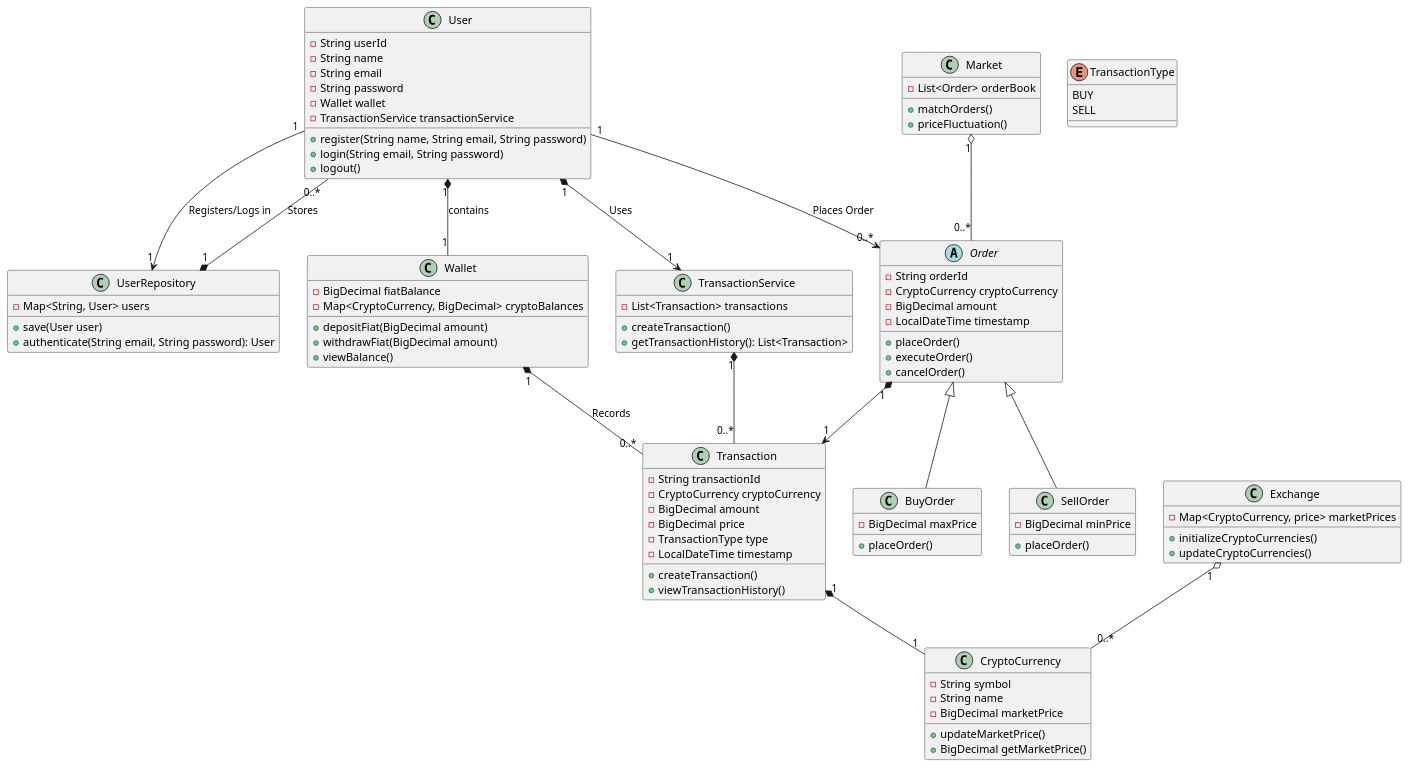
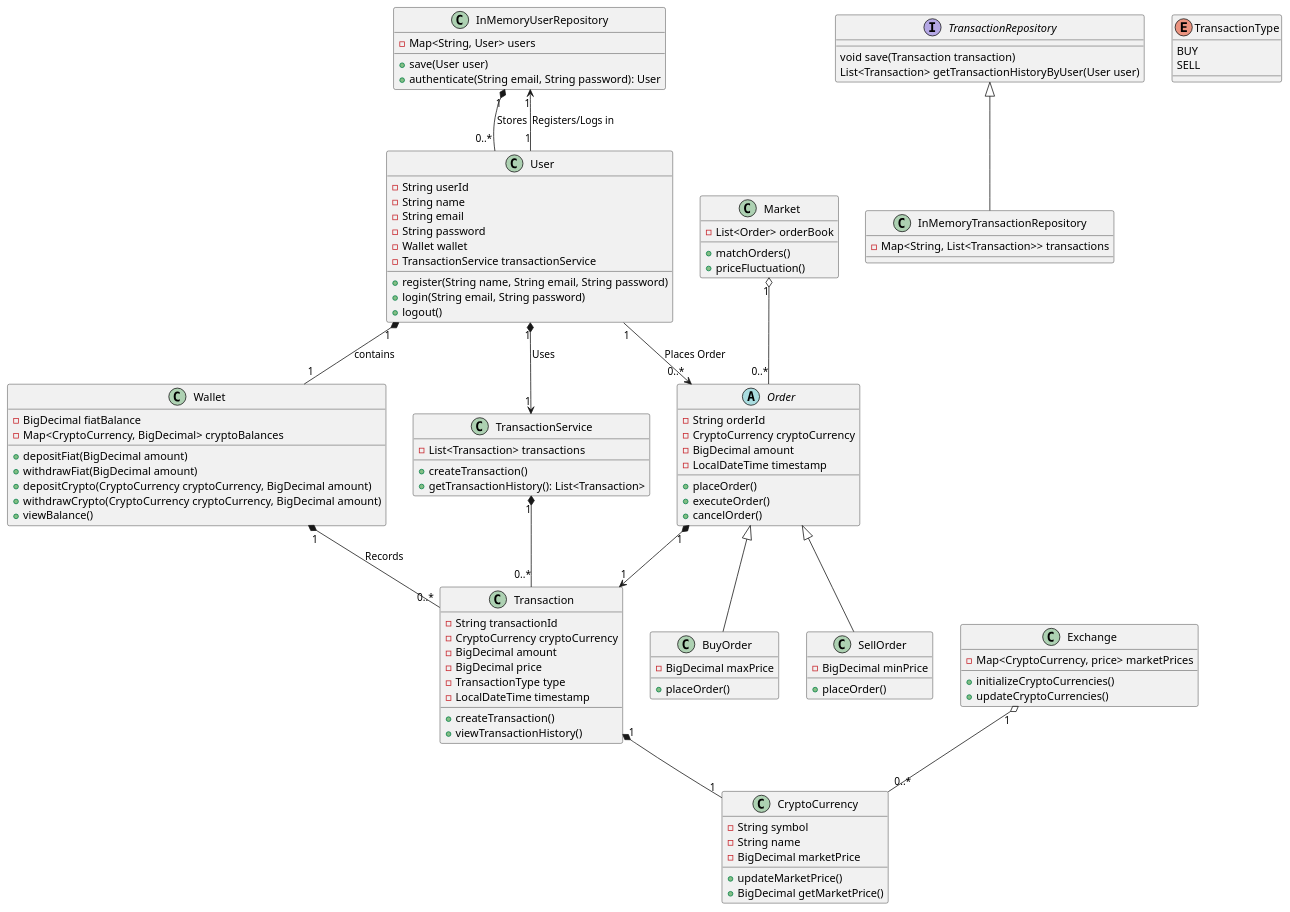
The diagram in diagram/class_diagram.puml (LeynderS/crypto_exchange_system), drawn with PlantUML before and after one commit. The commit also changed 8 other files, not shown here.

Commit message:
Implement methods for Wallet, UserRepository, UserServices, and Exceptions

```diff
--- a/diagram/class_diagram.puml
+++ b/diagram/class_diagram.puml
@@ -1,106 +1,122 @@
 @startuml
+
+class InMemoryUserRepository {
+  -Map<String, User> users
+  +save(User user)
+  +authenticate(String email, String password): User
+}
 
 class User {
 -String userId
 -String name
 -String email
 -String password
 -Wallet wallet
 -TransactionService transactionService
 +register(String name, String email, String password)
 +login(String email, String password)
 +logout()
 }
 
-class UserRepository {
-  -Map<String, User> users
-  +save(User user)
-  +authenticate(String email, String password): User
-}
 
 class Wallet {
 -BigDecimal fiatBalance
 -Map<CryptoCurrency, BigDecimal> cryptoBalances
 +depositFiat(BigDecimal amount)
 +withdrawFiat(BigDecimal amount)
++depositCrypto(CryptoCurrency cryptoCurrency, BigDecimal amount)
++withdrawCrypto(CryptoCurrency cryptoCurrency, BigDecimal amount)
 +viewBalance()
 }
 
-class CryptoCurrency {
--String symbol
--String name
--BigDecimal marketPrice
-+updateMarketPrice()
-+BigDecimal getMarketPrice()
+interface TransactionRepository {
+void save(Transaction transaction)
+List<Transaction> getTransactionHistoryByUser(User user)
+}
+
+class InMemoryTransactionRepository {
+  -Map<String, List<Transaction>> transactions
 }
 
 class Transaction {
 -String transactionId
 -CryptoCurrency cryptoCurrency
 -BigDecimal amount
 -BigDecimal price
 -TransactionType type
 -LocalDateTime timestamp
 +createTransaction()
 +viewTransactionHistory()
 }
 
 class TransactionService {
   -List<Transaction> transactions
   +createTransaction()
   +getTransactionHistory(): List<Transaction>
 }
+
+
+class CryptoCurrency {
+-String symbol
+-String name
+-BigDecimal marketPrice
++updateMarketPrice()
++BigDecimal getMarketPrice()
+}
+
+
 
 abstract class Order {
 -String orderId
 -CryptoCurrency cryptoCurrency
 -BigDecimal amount
 -LocalDateTime timestamp
 +placeOrder()
 +executeOrder()
 +cancelOrder()
 }
 
 class BuyOrder {
 -BigDecimal maxPrice
 +placeOrder()
 }
 
 class SellOrder{
 -BigDecimal minPrice
 +placeOrder()
 }
 
 class Market{
 -List<Order> orderBook
 +matchOrders()
 +priceFluctuation()
 }
 
 class Exchange{
 -Map<CryptoCurrency, price> marketPrices
 +initializeCryptoCurrencies()
 +updateCryptoCurrencies()
 }
 
 
 enum TransactionType {
 BUY
 SELL
 }
 
 User "1" *-- "1" Wallet : contains
 User "1" --> "0..*" Order : Places Order
+TransactionRepository <|-- InMemoryTransactionRepository
 User "1" *--> "1" TransactionService : Uses
-UserRepository "1" *-- "0..*" User : Stores
-User "1" --> "1" UserRepository : Registers/Logs in
+InMemoryUserRepository "1" *-- "0..*" User : Stores
+User "1" --> "1" InMemoryUserRepository : Registers/Logs in
 TransactionService "1" *-- "0..*" Transaction
 Transaction "1" *-- "1" CryptoCurrency
 Order <|-- BuyOrder
 Order <|-- SellOrder
 Order "1" *--> "1" Transaction
 Market "1" o-- "0..*" Order
 Exchange "1" o-- "0..*" CryptoCurrency
 Wallet "1" *-- "0..*" Transaction : Records
 
 @enduml
```
